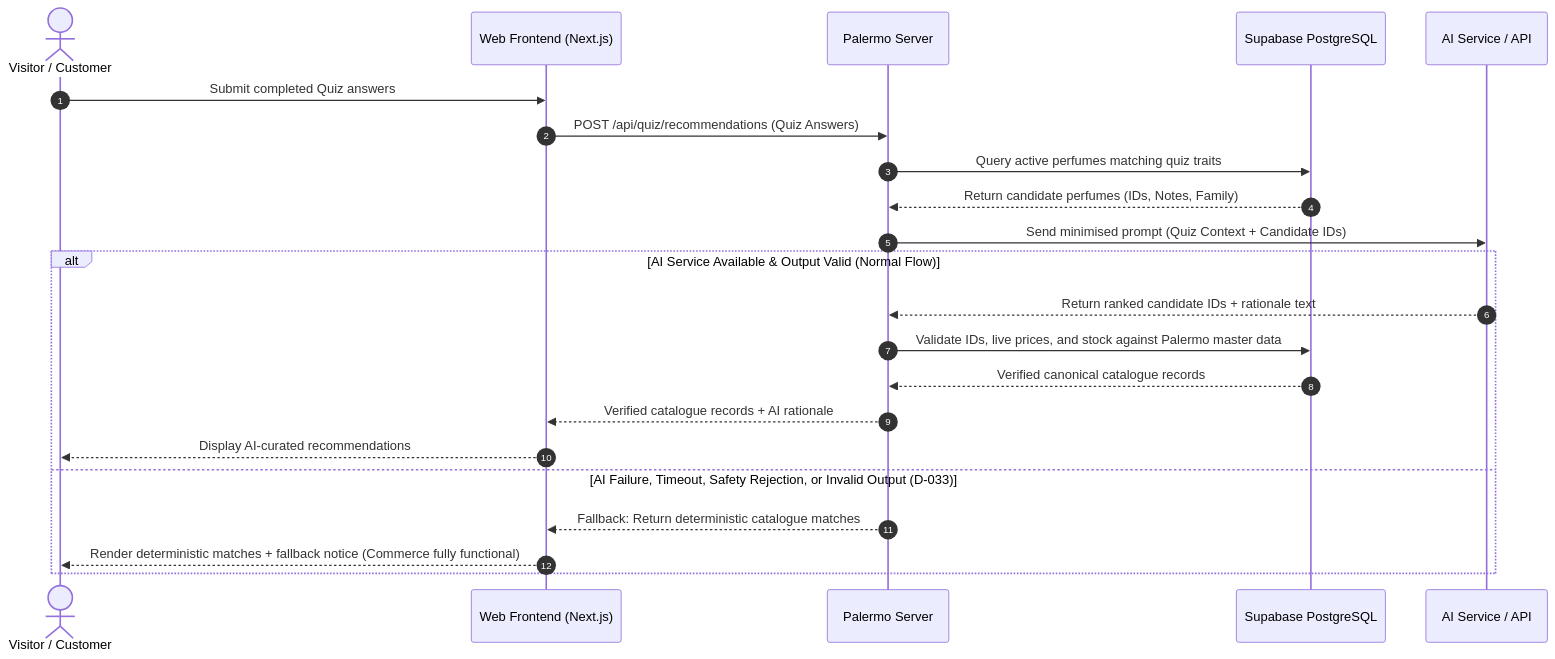
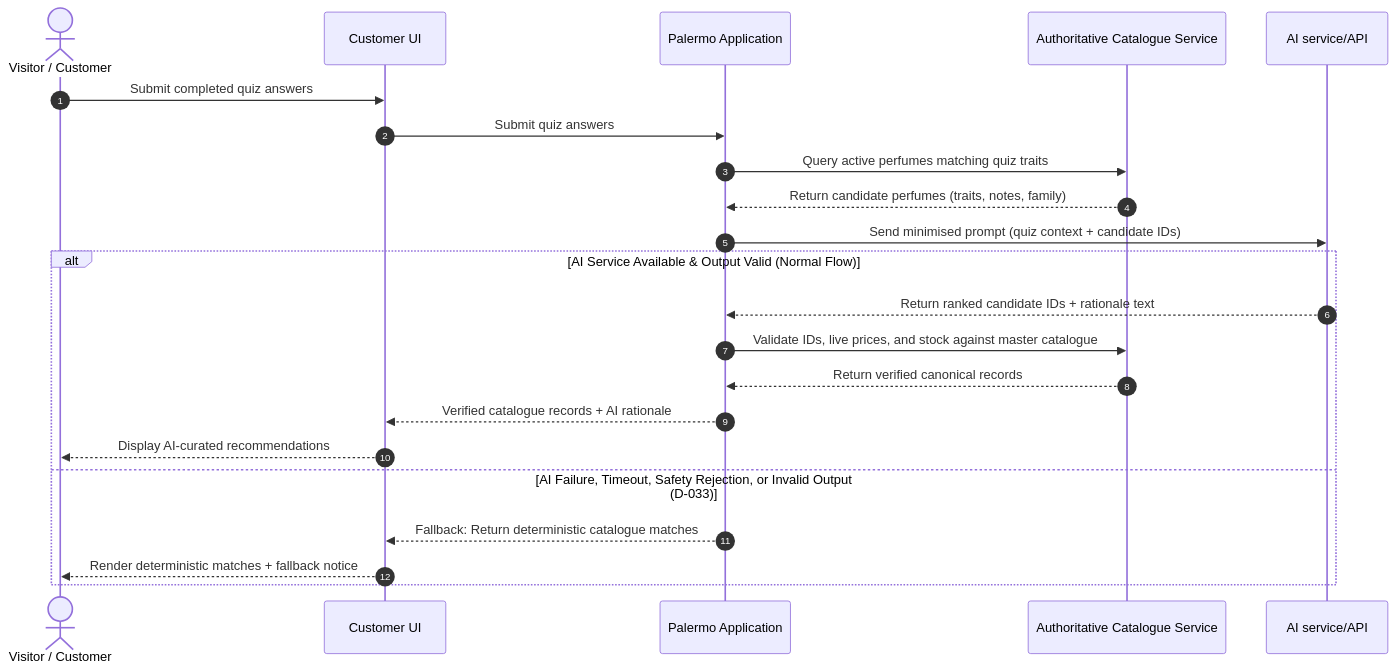
One commit to Mel-18-Palermo/Palermo-Perfume-System changed the second of 3 diagrams in docs/srs/use-cases/personalisation-ai-support.md. Above: the diagram before and after it, drawn with Mermaid. The commit also changed other lines of this file, not shown here.

````diff
--- a/docs/srs/use-cases/personalisation-ai-support.md
+++ b/docs/srs/use-cases/personalisation-ai-support.md
@@ -132,25 +134,25 @@
 ```mermaid
 sequenceDiagram
     autonumber
     actor Customer as Visitor / Customer
-    participant UI as Web Frontend (Next.js)
-    participant Server as Palermo Server
-    participant DB as Supabase PostgreSQL
-    participant AI as AI Service / API
+    participant UI as Customer UI
+    participant App as Palermo Application
+    participant DB as Authoritative Catalogue Service
+    participant AI as AI service/API
 
-    Customer->>UI: Submit completed Quiz answers
-    UI->>Server: POST /api/quiz/recommendations (Quiz Answers)
-    Server->>DB: Query active perfumes matching quiz traits
-    DB-->>Server: Return candidate perfumes (IDs, Notes, Family)
-    Server->>AI: Send minimised prompt (Quiz Context + Candidate IDs)
+    Customer->>UI: Submit completed quiz answers
+    UI->>App: Submit quiz answers
+    App->>DB: Query active perfumes matching quiz traits
+    DB-->>App: Return candidate perfumes (traits, notes, family)
+    App->>AI: Send minimised prompt (quiz context + candidate IDs)
     alt AI Service Available & Output Valid (Normal Flow)
-        AI-->>Server: Return ranked candidate IDs + rationale text
-        Server->>DB: Validate IDs, live prices, and stock against Palermo master data
-        DB-->>Server: Verified canonical catalogue records
-        Server-->>UI: Verified catalogue records + AI rationale
+        AI-->>App: Return ranked candidate IDs + rationale text
+        App->>DB: Validate IDs, live prices, and stock against master catalogue
+        DB-->>App: Return verified canonical records
+        App-->>UI: Verified catalogue records + AI rationale
         UI-->>Customer: Display AI-curated recommendations
     else AI Failure, Timeout, Safety Rejection, or Invalid Output (D-033)
-        Server-->>UI: Fallback: Return deterministic catalogue matches
-        UI-->>Customer: Render deterministic matches + fallback notice (Commerce fully functional)
+        App-->>UI: Fallback: Return deterministic catalogue matches
+        UI-->>Customer: Render deterministic matches + fallback notice
     end
 ```
````
